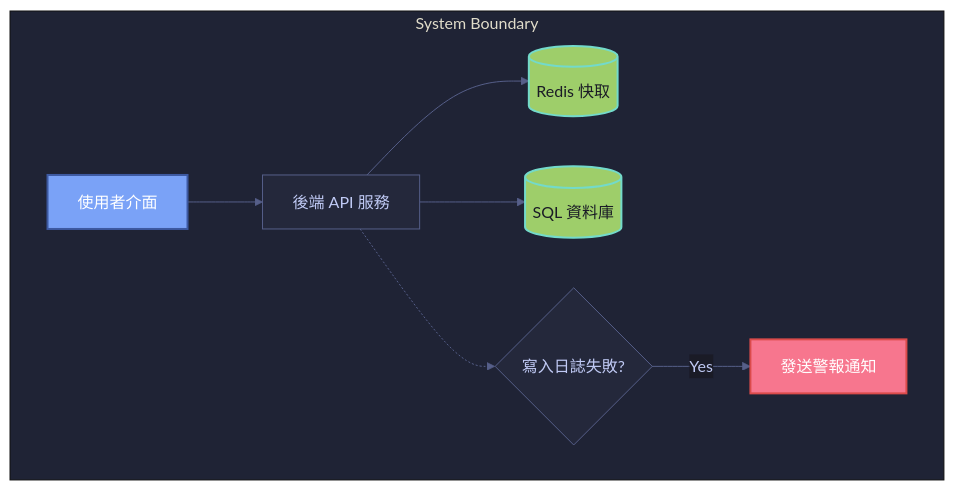
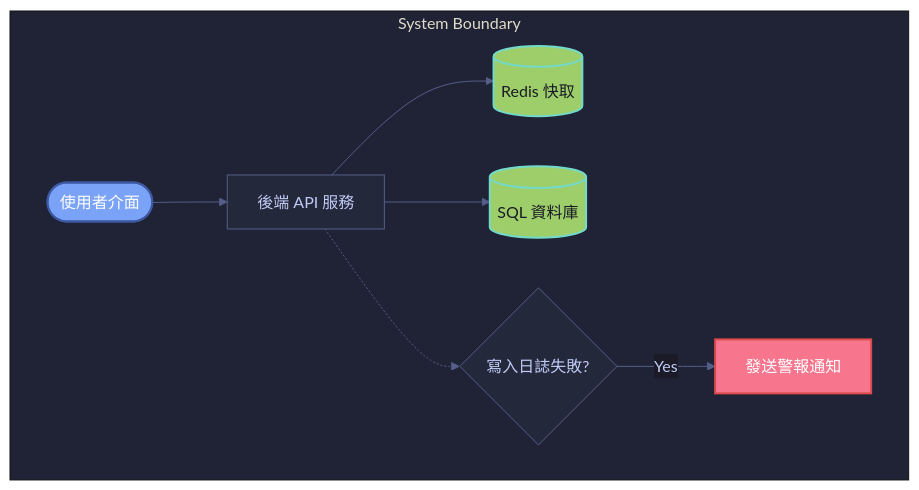
One commit to jerryyrliu-jpg/my-gemini-skills changed the first of 2 diagrams in beautiful-mermaid/SKILL.md. Above: the diagram before and after it, drawn with Mermaid. The commit also changed other lines of this file, not shown here.

Commit message:
fix(beautiful-mermaid): standardize JSON quotes to double quotes and align node shapes

````diff
--- a/beautiful-mermaid/SKILL.md
+++ b/beautiful-mermaid/SKILL.md
@@ -45,28 +45,28 @@
 ```mermaid
 %%{init: {
-  'theme': 'base',
-  'themeVariables': {
-    'fontFamily': 'Inter, system-ui, sans-serif',
-    'background': '#1a1b26',
-    'primaryColor': '#24283b',
-    'primaryTextColor': '#c0caf5',
-    'lineColor': '#565f89',
-    'edgeLabelBackground':'#1a1b26',
-    'tertiaryColor': '#1f2335'
+  "theme": "base",
+  "themeVariables": {
+    "fontFamily": "Inter, system-ui, sans-serif",
+    "background": "#1a1b26",
+    "primaryColor": "#24283b",
+    "primaryTextColor": "#c0caf5",
+    "lineColor": "#565f89",
+    "edgeLabelBackground": "#1a1b26",
+    "tertiaryColor": "#1f2335"
   }
 }}%%
 graph TD
   %% 樣式定義 (ClassDef)
   classDef user fill:#7aa2f7,stroke:#3d59a1,stroke-width:2px,color:#ffffff;
   classDef db fill:#9ece6a,stroke:#73daca,stroke-width:2px,color:#1a1b26;
   classDef process fill:#24283b,stroke:#565f89,stroke-width:1px,color:#c0caf5;
   classDef warning fill:#f7768e,stroke:#db4b4b,stroke-width:2px,color:#ffffff;
 
   subgraph 系統邊界 [System Boundary]
-    UI[使用者介面]:::user --> API[後端 API 服務]:::process
+    UI([使用者介面]):::user --> API[後端 API 服務]:::process
     API --> Cache[(Redis 快取)]:::db
     API --> DB[(SQL 資料庫)]:::db
     API -.-> Log{寫入日誌失敗?}:::process
     Log -- Yes --> Alert[發送警報通知]:::warning
   end
 ```
````
